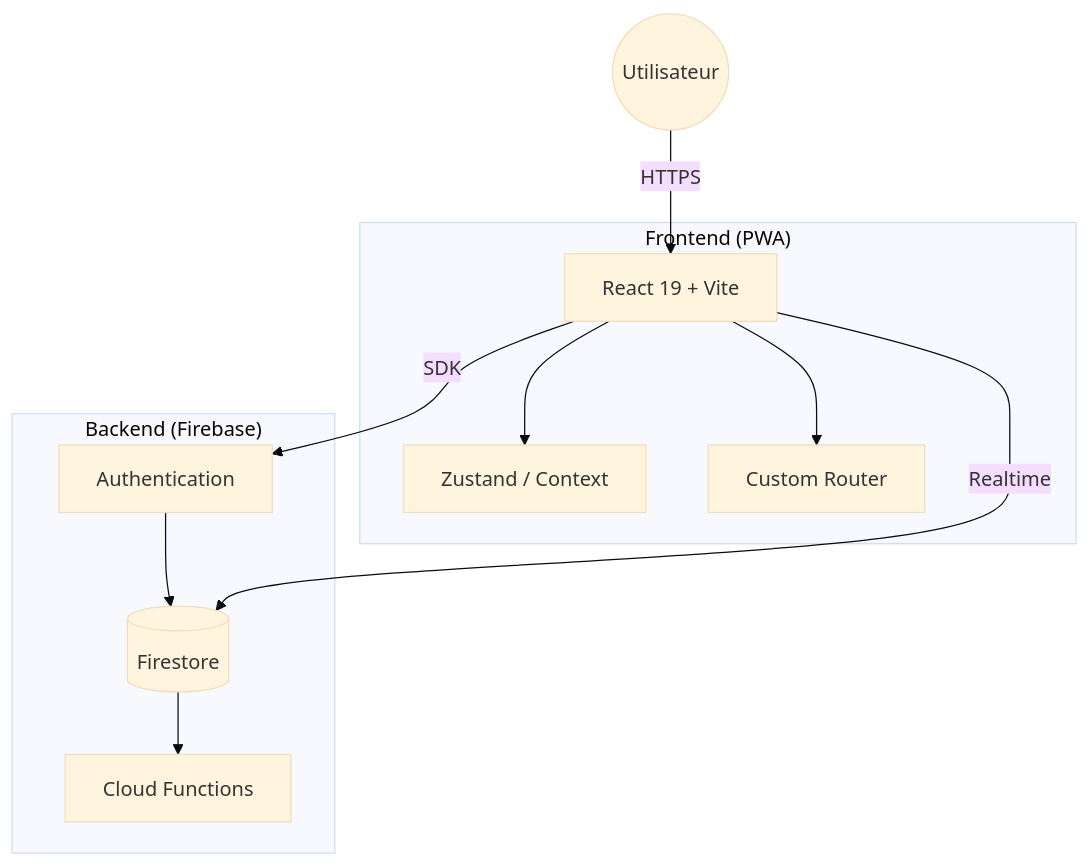
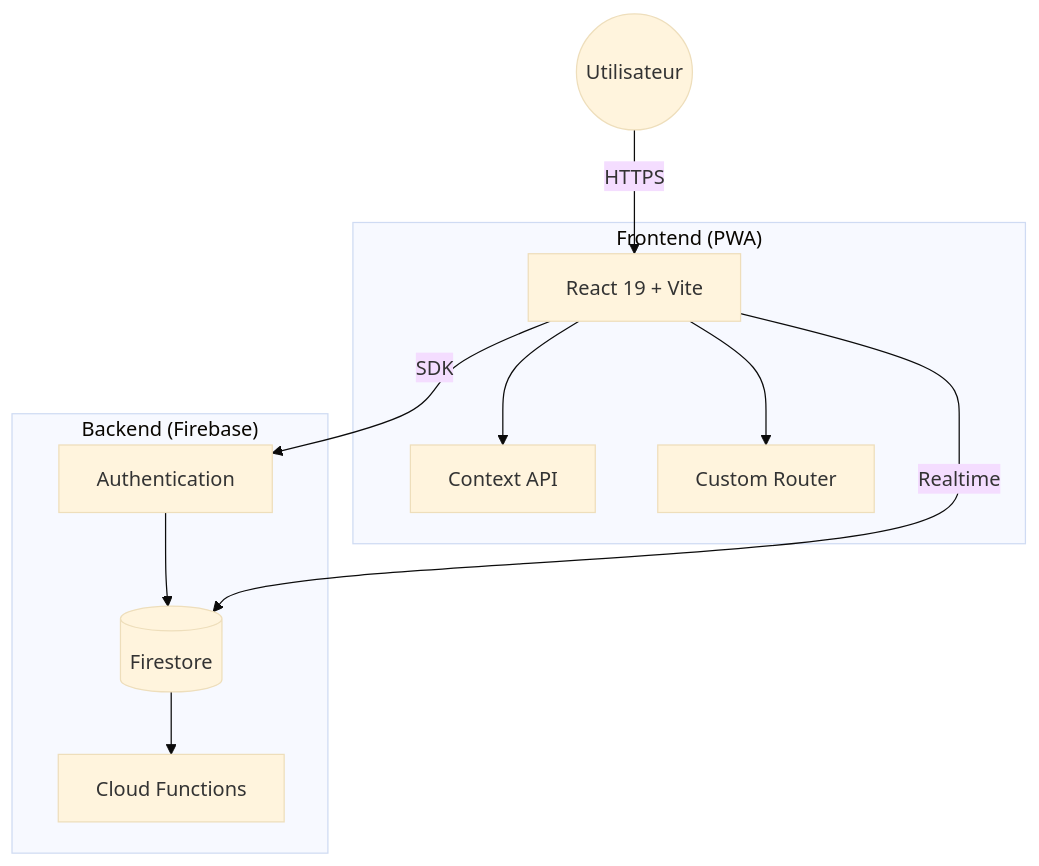
One commit to nickdesi/SCBA-Benevolat changed the diagram in README.md. Above: the diagram before and after it, drawn with Mermaid (base theme). The commit also changed 4 other files, not shown here.

````diff
--- a/README.md
+++ b/README.md
@@ -38,26 +38,26 @@
 ```mermaid
 graph TD
     User((Utilisateur))
     
     subgraph "Frontend (PWA)"
         UI[React 19 + Vite]
-        Store[Zustand / Context]
+        Store[Context API]
         Router[Custom Router]
         
         UI --> Store
         UI --> Router
     end
     
     subgraph "Backend (Firebase)"
         Auth[Authentication]
         DB[(Firestore)]
         Functions[Cloud Functions]
         
         Auth --> DB
         DB --> Functions
     end
     
     User -->|HTTPS| UI
     UI -->|SDK| Auth
     UI -->|Realtime| DB
 ```
````
